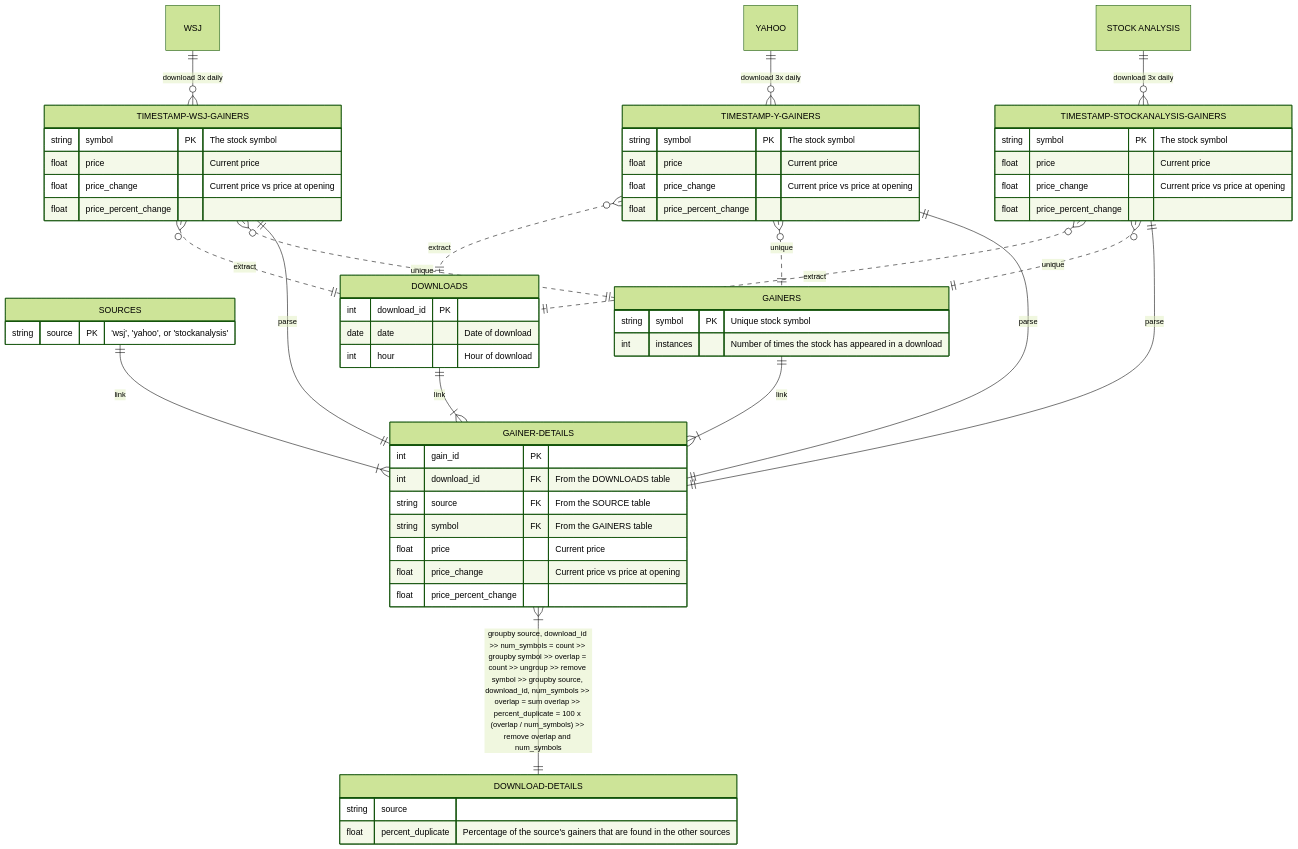
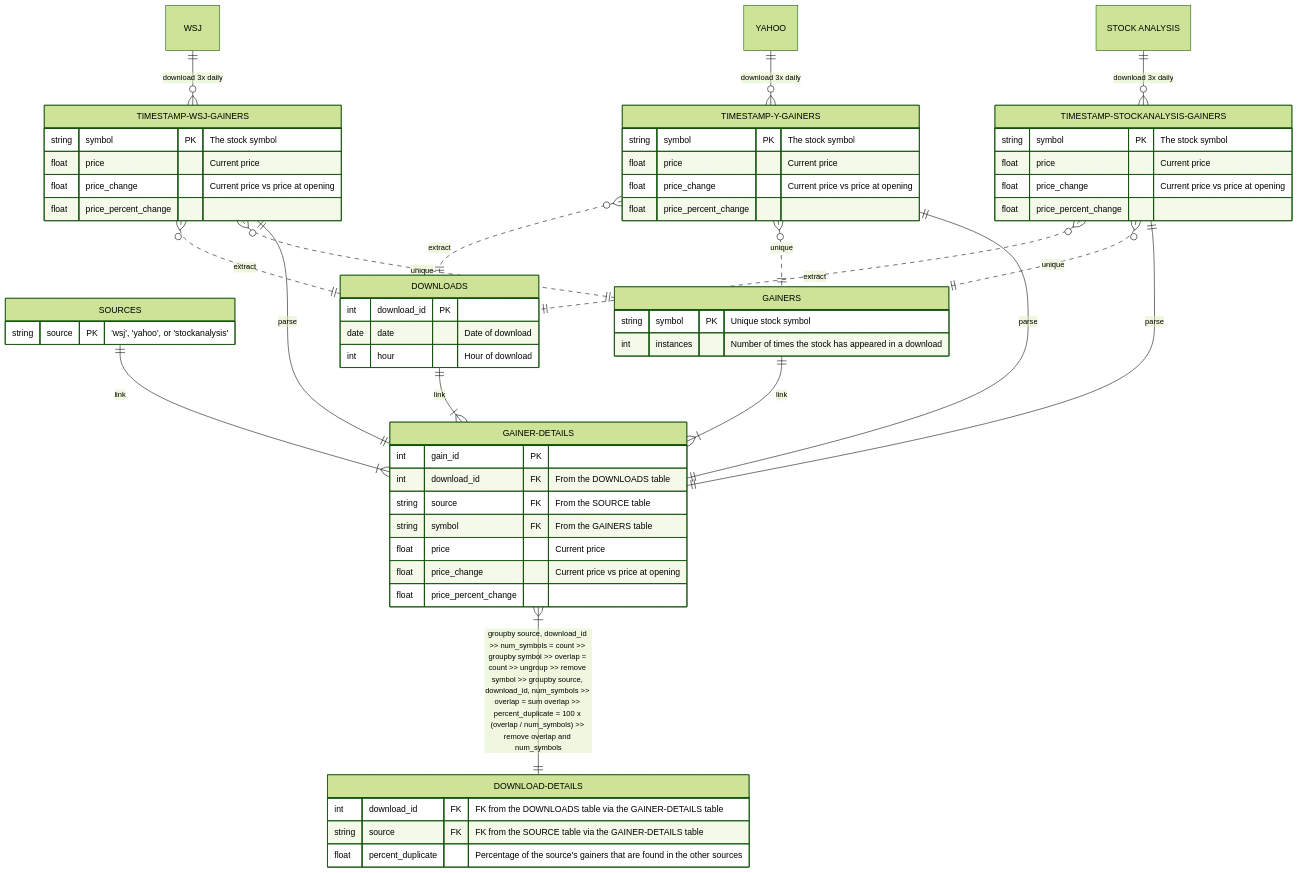
One commit to KazBarker/SP25_DS5111_nrg6cb changed the diagram in ERD/ERD.md. Above: the diagram before and after it, drawn with Mermaid (forest theme).

````diff
--- a/ERD/ERD.md
+++ b/ERD/ERD.md
@@ -2,72 +2,73 @@
 ```mermaid
 erDiagram
     WSJ only one to zero or more TIMESTAMP-WSJ-GAINERS : "download 3x daily"
     YAHOO only one to zero or more TIMESTAMP-Y-GAINERS : "download 3x daily"
     "STOCK ANALYSIS" only one to zero or more TIMESTAMP-STOCKANALYSIS-GAINERS : "download 3x daily"
     
     TIMESTAMP-WSJ-GAINERS {
         string symbol PK "The stock symbol"
         float price "Current price"
         float price_change "Current price vs price at opening"
         float price_percent_change
     }
     TIMESTAMP-Y-GAINERS {
         string symbol PK "The stock symbol"
         float price "Current price"
         float price_change "Current price vs price at opening"
         float price_percent_change
     }
     TIMESTAMP-STOCKANALYSIS-GAINERS {
         string symbol PK "The stock symbol"
         float price "Current price"
         float price_change "Current price vs price at opening"
         float price_percent_change
     }
 
     SOURCES {
         string source PK "'wsj', 'yahoo', or 'stockanalysis'"
     }
  
     TIMESTAMP-WSJ-GAINERS many optionally to only one DOWNLOADS : "extract"
     TIMESTAMP-Y-GAINERS many optionally to only one DOWNLOADS : "extract"
     TIMESTAMP-STOCKANALYSIS-GAINERS many optionally to only one DOWNLOADS : "extract"
 
     DOWNLOADS {
         int download_id PK
         date date "Date of download"
         int hour "Hour of download"
     }
 
     TIMESTAMP-WSJ-GAINERS many optionally to only one GAINERS : "unique"
     TIMESTAMP-Y-GAINERS many optionally to only one GAINERS : "unique"
     TIMESTAMP-STOCKANALYSIS-GAINERS many optionally to only one GAINERS : "unique"
 
     GAINERS {
         string symbol PK "Unique stock symbol"
         int instances "Number of times the stock has appeared in a download"
     }
     
     DOWNLOADS one to one or more GAINER-DETAILS : "link"
     SOURCES one to one or more GAINER-DETAILS : "link"
     GAINERS one to one or more GAINER-DETAILS : "link"
     TIMESTAMP-WSJ-GAINERS one to one GAINER-DETAILS : "parse"
     TIMESTAMP-Y-GAINERS one to one GAINER-DETAILS : "parse"
     TIMESTAMP-STOCKANALYSIS-GAINERS one to one GAINER-DETAILS : "parse"
 
     GAINER-DETAILS {
         int gain_id PK
         int download_id FK "From the DOWNLOADS table"
         string source FK "From the SOURCE table"
         string symbol FK "From the GAINERS table"
         float price "Current price"
         float price_change "Current price vs price at opening"
         float price_percent_change
     }
 
     GAINER-DETAILS one or more to one DOWNLOAD-DETAILS : "groupby source, download_id >> num_symbols = count >> groupby symbol >> overlap = count >> ungroup >> remove symbol >> groupby source, download_id, num_symbols >> overlap = sum overlap >> percent_duplicate = 100 x (overlap / num_symbols) >> remove overlap and num_symbols"
 
     DOWNLOAD-DETAILS {
-        string source
+        int download_id FK "FK from the DOWNLOADS table via the GAINER-DETAILS table"
+        string source FK "FK from the SOURCE table via the GAINER-DETAILS table"
         float percent_duplicate "Percentage of the source's gainers that are found in the other sources"
     }
 ```
````
